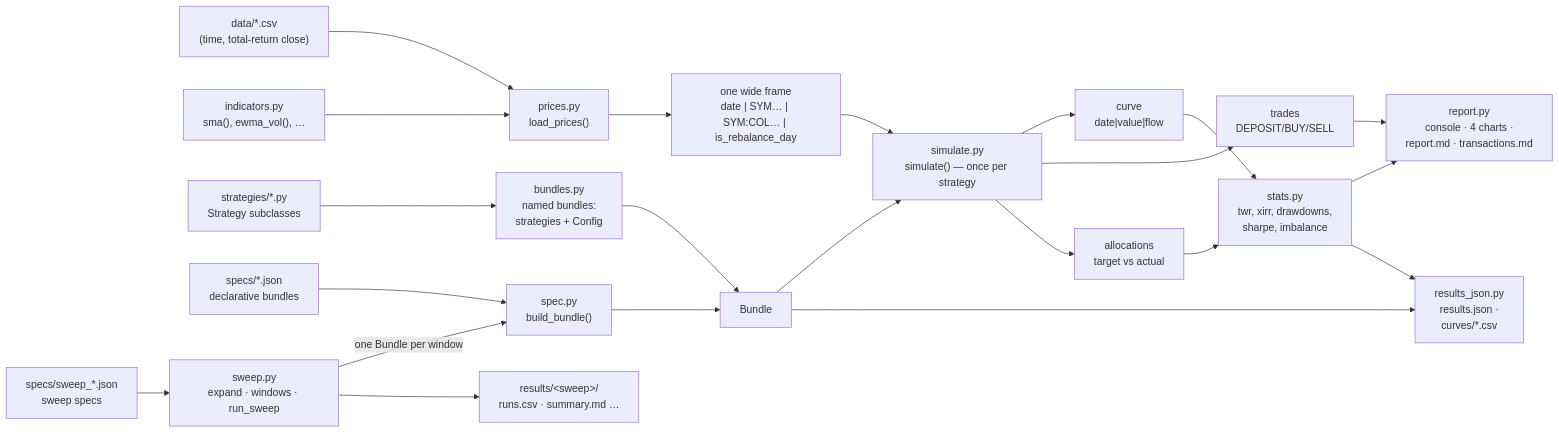
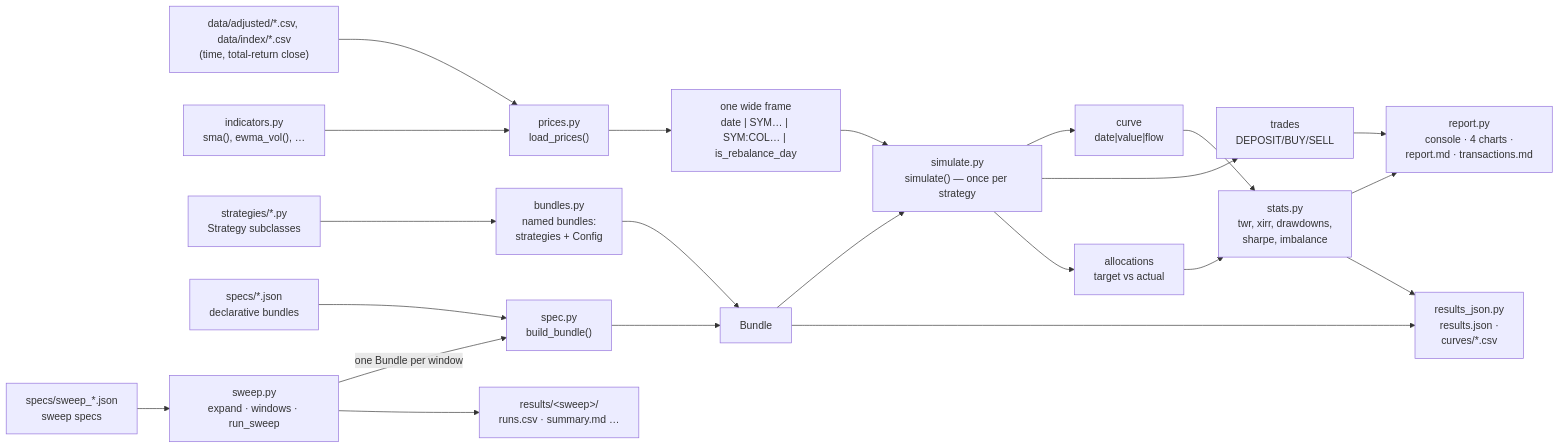
Before and after one commit to vlaas/balancing_portfolio: the diagram in docs/ARCHITECTURE.md, drawn with Mermaid. The commit also changed other lines of this file and 8 other files, not shown here.

First line of the commit message:
Phase 3: docs for the adjusted/, unadjusted/, index/ layout (DATA_LAYOUT_V2_SPEC §7)

````diff
--- a/docs/ARCHITECTURE.md
+++ b/docs/ARCHITECTURE.md
@@ -18,24 +18,24 @@
 ```mermaid
 flowchart LR
-    CSV["data/*.csv<br/>(time, total-return close)"] --> P["prices.py<br/>load_prices()"]
+    CSV["data/adjusted/*.csv, data/index/*.csv<br/>(time, total-return close)"] --> P["prices.py<br/>load_prices()"]
     I["indicators.py<br/>sma(), ewma_vol(), …"] --> P
     P --> W["one wide frame<br/>date | SYM… | SYM:COL… | is_rebalance_day"]
     W --> E["simulate.py<br/>simulate() — once per strategy"]
     S["strategies/*.py<br/>Strategy subclasses"] --> B["bundles.py<br/>named bundles:<br/>strategies + Config"]
     SJ["specs/*.json<br/>declarative bundles"] --> SP["spec.py<br/>build_bundle()"]
     SP --> B2["Bundle"]
     B --> B2
     B2 --> E
     E --> C["curve<br/>date|value|flow"]
     E --> T["trades<br/>DEPOSIT/BUY/SELL"]
     E --> A["allocations<br/>target vs actual"]
     C --> ST["stats.py<br/>twr, xirr, drawdowns,<br/>sharpe, imbalance"]
     A --> ST
     ST --> R["report.py<br/>console · 4 charts ·<br/>report.md · transactions.md"]
     T --> R
     ST --> J["results_json.py<br/>results.json ·<br/>curves/*.csv"]
     B2 --> J
     SWJ["specs/sweep_*.json<br/>sweep specs"] --> SW["sweep.py<br/>expand · windows · run_sweep"]
     SW -->|"one Bundle per window"| SP
     SW --> SWR["results/&lt;sweep&gt;/<br/>runs.csv · summary.md …"]
 ```
````
